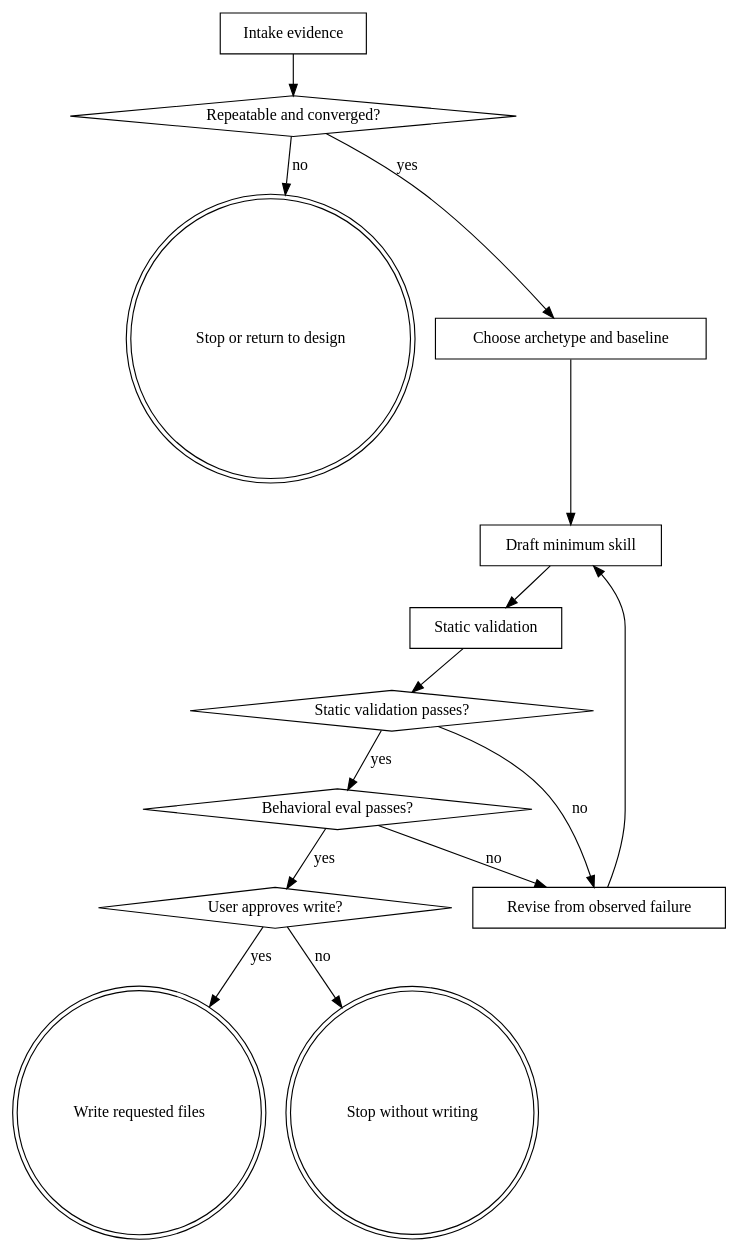
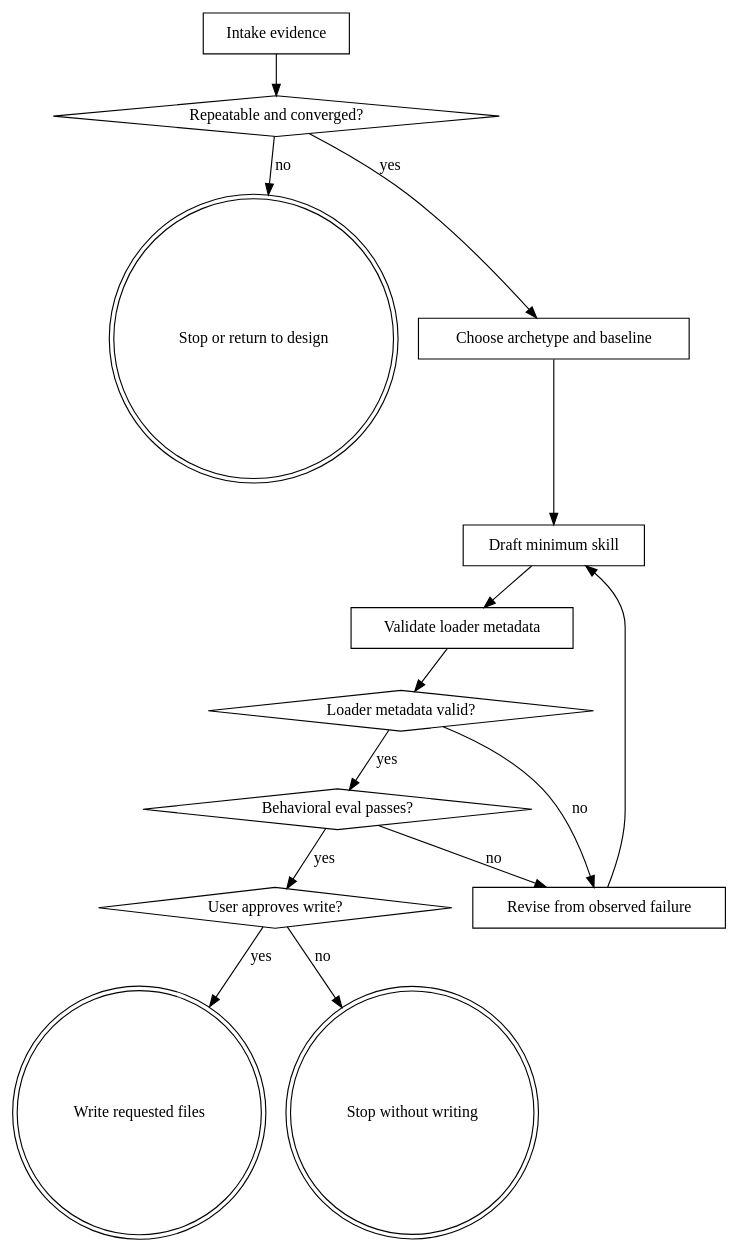
Before and after one commit to waynejing995/wayne-taste: the diagram in wayne-skill-forge/SKILL.md, drawn with Graphviz. The commit also changed other lines of this file and 16 other files, not shown here.

First line of the commit message:
fix:/wayne-skill-forge - keep validation at loader boundary

````diff
--- a/wayne-skill-forge/SKILL.md
+++ b/wayne-skill-forge/SKILL.md
@@ -110,30 +105,30 @@
 ```dot
 digraph forge {
     rankdir=TB;
     A [label="Intake evidence", shape=box];
     B [label="Repeatable and converged?", shape=diamond];
     X [label="Stop or return to design", shape=doublecircle];
     C [label="Choose archetype and baseline", shape=box];
     D [label="Draft minimum skill", shape=box];
-    E [label="Static validation", shape=box];
-    V [label="Static validation passes?", shape=diamond];
+    E [label="Validate loader metadata", shape=box];
+    V [label="Loader metadata valid?", shape=diamond];
     F [label="Behavioral eval passes?", shape=diamond];
     R [label="Revise from observed failure", shape=box];
     G [label="User approves write?", shape=diamond];
     W [label="Write requested files", shape=doublecircle];
     S [label="Stop without writing", shape=doublecircle];
     A -> B;
     B -> X [label="no"];
     B -> C [label="yes"];
     C -> D;
     D -> E;
     E -> V;
     V -> R [label="no"];
     V -> F [label="yes"];
     F -> R [label="no"];
     R -> D;
     F -> G [label="yes"];
     G -> W [label="yes"];
     G -> S [label="no"];
 }
 ```
````
